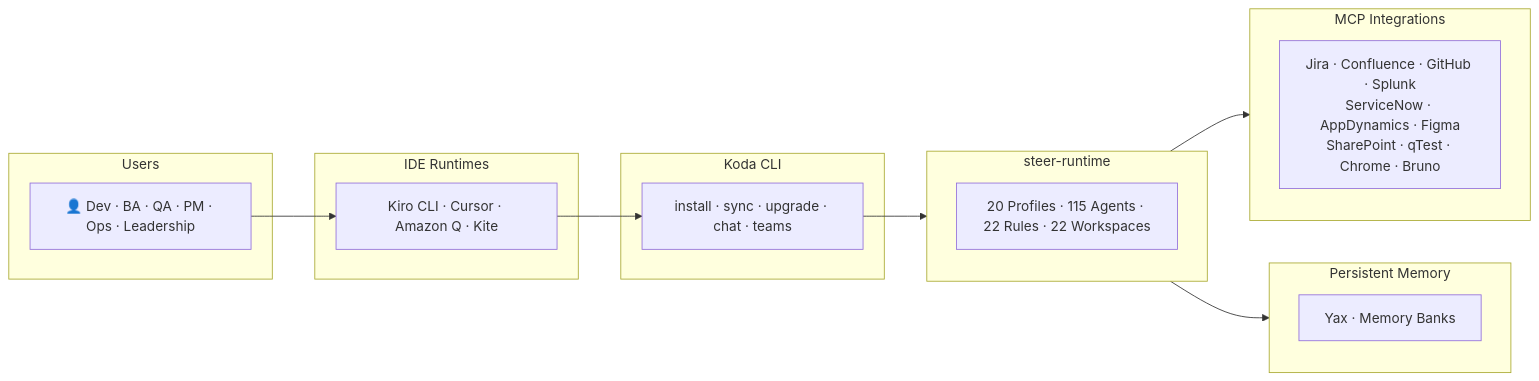
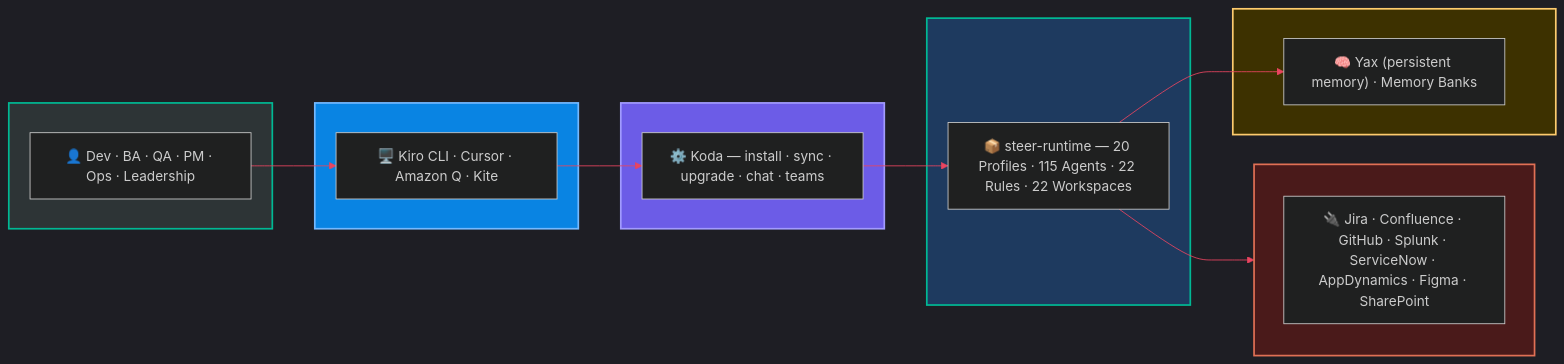
The second of 2 diagrams in docs/architecture/PLATFORM_DIAGRAM.md (rsanchez-disney/steer-runtime), drawn with Mermaid before and after one commit. The commit also changed other lines of this file, not shown here.

Commit message:
docs: improve platform diagram — dark theme, better styles, remove ASCII

````diff
--- a/docs/architecture/PLATFORM_DIAGRAM.md
+++ b/docs/architecture/PLATFORM_DIAGRAM.md
@@ -141,29 +142,37 @@
 ```mermaid
+%%{init: {'theme': 'dark', 'themeVariables': {'primaryColor': '#1a1a2e', 'primaryTextColor': '#eee', 'lineColor': '#e94560'}}}%%
 graph LR
-    subgraph Users
+    subgraph Users[" "]
         U["👤 Dev · BA · QA · PM · Ops · Leadership"]
     end
 
-    subgraph Runtime["IDE Runtimes"]
-        R["Kiro CLI · Cursor · Amazon Q · Kite"]
+    subgraph Runtime[" "]
+        R["🖥️ Kiro CLI · Cursor · Amazon Q · Kite"]
     end
 
-    subgraph Koda["Koda CLI"]
-        K["install · sync · upgrade · chat · teams"]
+    subgraph Koda[" "]
+        K["⚙️ Koda — install · sync · upgrade · chat · teams"]
     end
 
-    subgraph Platform["steer-runtime"]
-        P["20 Profiles · 115 Agents · 22 Rules · 22 Workspaces"]
+    subgraph Platform[" "]
+        P["📦 steer-runtime — 20 Profiles · 115 Agents · 22 Rules · 22 Workspaces"]
     end
 
-    subgraph MCP["MCP Integrations"]
-        M["Jira · Confluence · GitHub · Splunk<br/>ServiceNow · AppDynamics · Figma<br/>SharePoint · qTest · Chrome · Bruno"]
+    subgraph MCP[" "]
+        M["🔌 Jira · Confluence · GitHub · Splunk · ServiceNow · AppDynamics · Figma · SharePoint"]
     end
 
-    subgraph Memory["Persistent Memory"]
-        Y["Yax · Memory Banks"]
+    subgraph Memory[" "]
+        Y["🧠 Yax (persistent memory) · Memory Banks"]
     end
 
-    U --> R --> K --> Platform --> MCP
-    Platform --> Memory
+    U --> R --> K --> P --> MCP
+    P --> Y
+
+    style Users fill:#2d3436,stroke:#00b894,color:#fff,stroke-width:2px
+    style Runtime fill:#0984e3,stroke:#74b9ff,color:#fff,stroke-width:2px
+    style Koda fill:#6c5ce7,stroke:#a29bfe,color:#fff,stroke-width:2px
+    style Platform fill:#1e3a5f,stroke:#00b894,color:#fff,stroke-width:2px
+    style MCP fill:#4a1a1a,stroke:#e17055,color:#fff,stroke-width:2px
+    style Memory fill:#3d3100,stroke:#fdcb6e,color:#ffeaa7,stroke-width:2px
 ```
````
